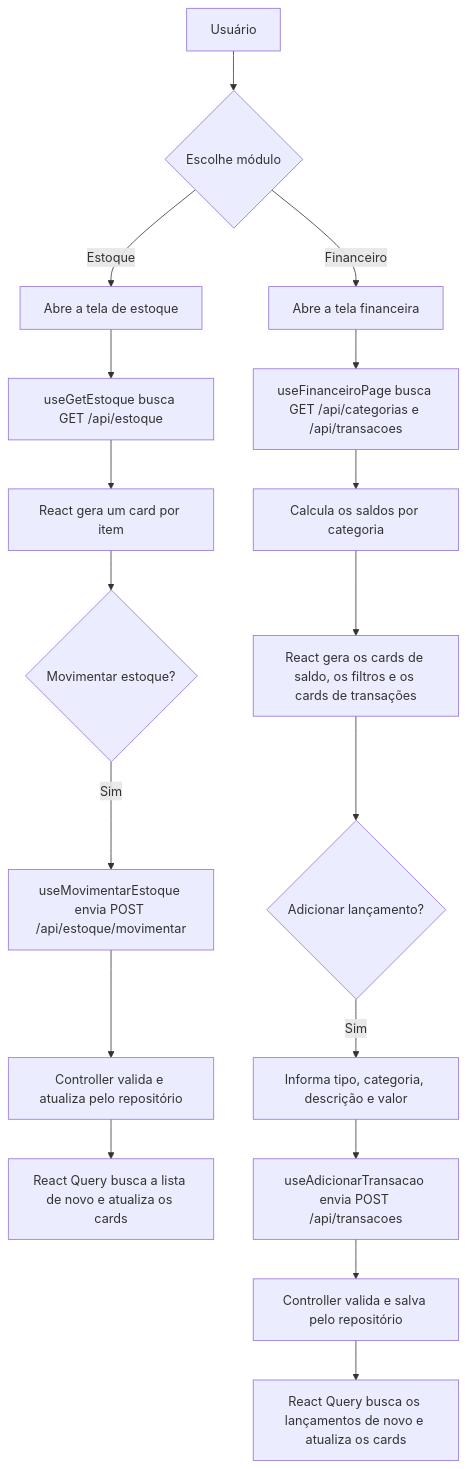
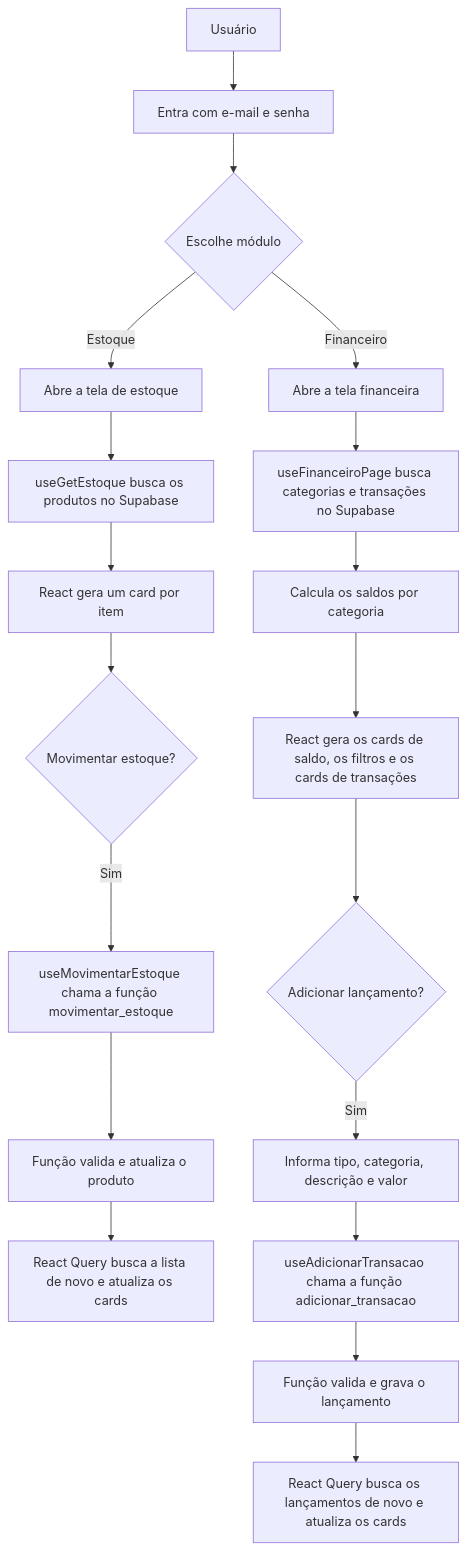
The first of 3 diagrams in COMO-INICIAR.md (FontanaLeo/acougue-manager), drawn with Mermaid before and after one commit. The commit also changed other lines of this file and 107 other files, not shown here.

````diff
--- a/COMO-INICIAR.md
+++ b/COMO-INICIAR.md
@@ -57,22 +62,23 @@
 ```mermaid
 flowchart TD
-    U[Usuário] --> M{Escolhe módulo}
+    U[Usuário] --> L[Entra com e-mail e senha]
+    L --> M{Escolhe módulo}
 
     M -->|Estoque| E1[Abre a tela de estoque]
-    E1 --> E2[useGetEstoque busca GET /api/estoque]
+    E1 --> E2[useGetEstoque busca os produtos no Supabase]
     E2 --> E3[React gera um card por item]
     E3 --> E4{Movimentar estoque?}
-    E4 -->|Sim| E5[useMovimentarEstoque envia POST /api/estoque/movimentar]
-    E5 --> E6[Controller valida e atualiza pelo repositório]
+    E4 -->|Sim| E5[useMovimentarEstoque chama a função movimentar_estoque]
+    E5 --> E6[Função valida e atualiza o produto]
     E6 --> E7[React Query busca a lista de novo e atualiza os cards]
 
     M -->|Financeiro| F1[Abre a tela financeira]
-    F1 --> F2[useFinanceiroPage busca GET /api/categorias e /api/transacoes]
+    F1 --> F2[useFinanceiroPage busca categorias e transações no Supabase]
     F2 --> F3[Calcula os saldos por categoria]
     F3 --> F4[React gera os cards de saldo, os filtros e os cards de transações]
     F4 --> F5{Adicionar lançamento?}
     F5 -->|Sim| F6[Informa tipo, categoria, descrição e valor]
-    F6 --> F7[useAdicionarTransacao envia POST /api/transacoes]
-    F7 --> F8[Controller valida e salva pelo repositório]
+    F6 --> F7[useAdicionarTransacao chama a função adicionar_transacao]
+    F7 --> F8[Função valida e grava o lançamento]
     F8 --> F9[React Query busca os lançamentos de novo e atualiza os cards]
 ```
````
